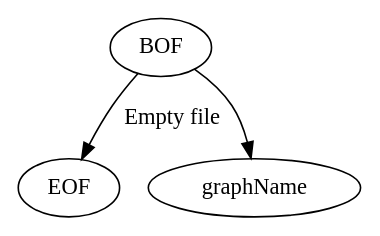
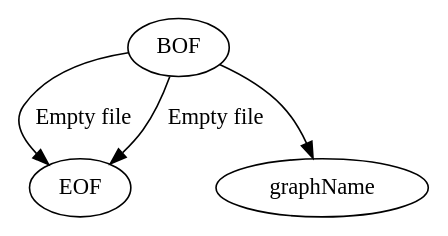
Before and after one commit to GuillaumeNed33/PT4_GRAPHE: the diagram in ressources/testNodeEdge.gv, drawn with Graphviz. The commit also changed 3 other files, not shown here.

```diff
--- a/ressources/testNodeEdge.gv
+++ b/ressources/testNodeEdge.gv
@@ -1,8 +1,9 @@
 digraph "DotFileParser" {
     size="12.8,10.24";
     "node0" [ label="BOF" shape=ellipse ];
+    "node0" -> "node1" [ color=black fontcolor=black label="Empty file" ];
     "node1" [ label="EOF" shape=ellipse ];
     "node2" [ label="graphName" shape=ellipse ];
     "node0" -> "node1" [ color=black fontcolor=black label="Empty file" ];
     "node0" -> "node2" [ color=black ];
 }
```
